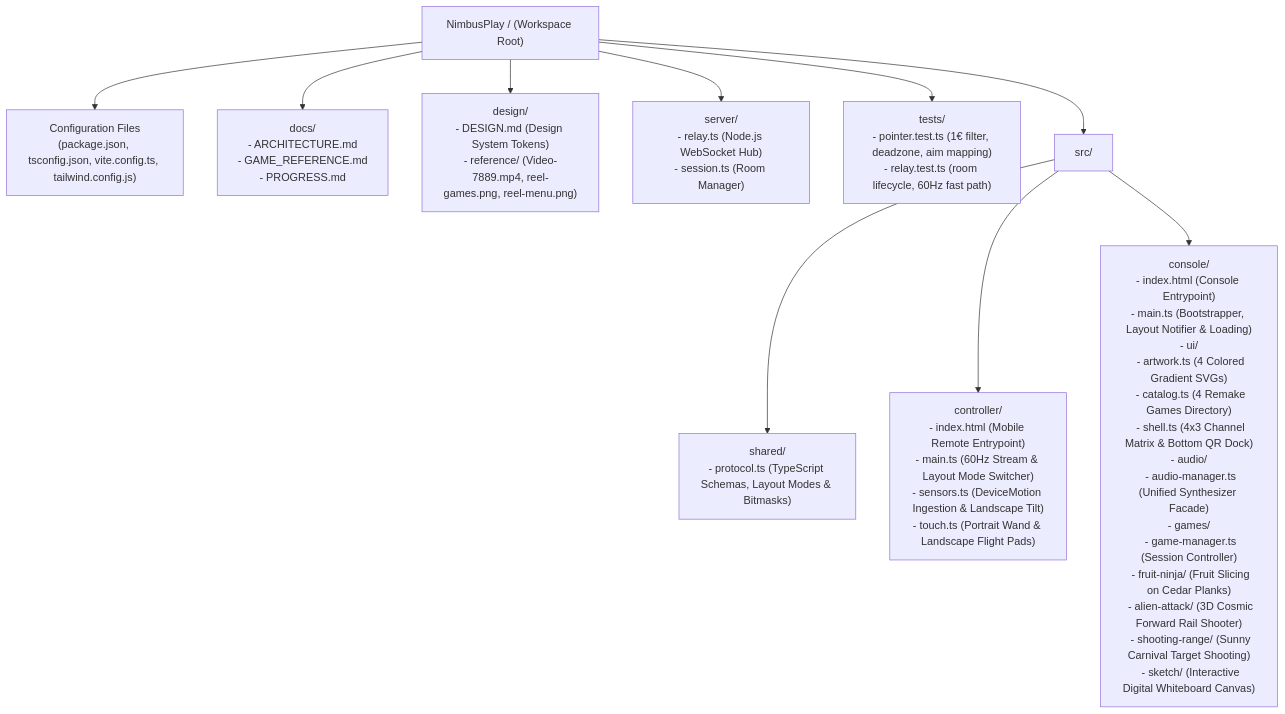
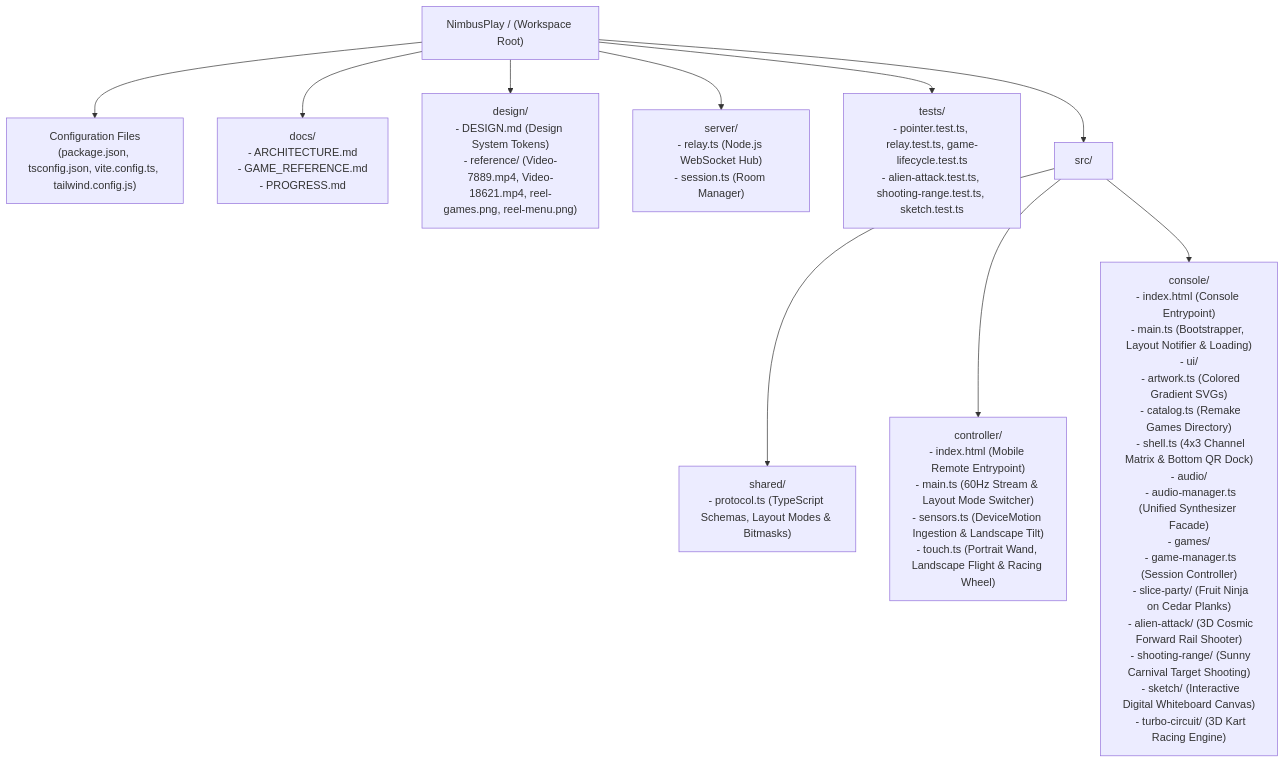
Diagram 24 of 26 in README.md (AdityaSurse/nimbusplay), drawn with Mermaid before and after one commit. The commit also changed other lines of this file and 14 other files, not shown here.

````diff
--- a/README.md
+++ b/README.md
@@ -444,15 +857,15 @@
 ```mermaid
 flowchart TD
     Root["NimbusPlay / (Workspace Root)"]
     
     Root --> Config["Configuration Files<br/>(package.json, tsconfig.json, vite.config.ts, tailwind.config.js)"]
     Root --> Docs["docs/<br/>- ARCHITECTURE.md<br/>- GAME_REFERENCE.md<br/>- PROGRESS.md"]
-    Root --> Design["design/<br/>- DESIGN.md (Design System Tokens)<br/>- reference/ (Video-7889.mp4, reel-games.png, reel-menu.png)"]
+    Root --> Design["design/<br/>- DESIGN.md (Design System Tokens)<br/>- reference/ (Video-7889.mp4, Video-18621.mp4, reel-games.png, reel-menu.png)"]
     Root --> Server["server/<br/>- relay.ts (Node.js WebSocket Hub)<br/>- session.ts (Room Manager)"]
-    Root --> Tests["tests/<br/>- pointer.test.ts (1€ filter, deadzone, aim mapping)<br/>- relay.test.ts (room lifecycle, 60Hz fast path)"]
+    Root --> Tests["tests/<br/>- pointer.test.ts, relay.test.ts, game-lifecycle.test.ts<br/>- alien-attack.test.ts, shooting-range.test.ts, sketch.test.ts"]
     Root --> Src["src/"]
     
     Src --> Shared["shared/<br/>- protocol.ts (TypeScript Schemas, Layout Modes & Bitmasks)"]
-    Src --> Controller["controller/<br/>- index.html (Mobile Remote Entrypoint)<br/>- main.ts (60Hz Stream & Layout Mode Switcher)<br/>- sensors.ts (DeviceMotion Ingestion & Landscape Tilt)<br/>- touch.ts (Portrait Wand & Landscape Flight Pads)"]
-    Src --> Console["console/<br/>- index.html (Console Entrypoint)<br/>- main.ts (Bootstrapper, Layout Notifier & Loading)<br/>- ui/<br/>  - artwork.ts (4 Colored Gradient SVGs)<br/>  - catalog.ts (4 Remake Games Directory)<br/>  - shell.ts (4x3 Channel Matrix & Bottom QR Dock)<br/>- audio/<br/>  - audio-manager.ts (Unified Synthesizer Facade)<br/>- games/<br/>  - game-manager.ts (Session Controller)<br/>  - fruit-ninja/ (Fruit Slicing on Cedar Planks)<br/>  - alien-attack/ (3D Cosmic Forward Rail Shooter)<br/>  - shooting-range/ (Sunny Carnival Target Shooting)<br/>  - sketch/ (Interactive Digital Whiteboard Canvas)"]
+    Src --> Controller["controller/<br/>- index.html (Mobile Remote Entrypoint)<br/>- main.ts (60Hz Stream & Layout Mode Switcher)<br/>- sensors.ts (DeviceMotion Ingestion & Landscape Tilt)<br/>- touch.ts (Portrait Wand, Landscape Flight & Racing Wheel)"]
+    Src --> Console["console/<br/>- index.html (Console Entrypoint)<br/>- main.ts (Bootstrapper, Layout Notifier & Loading)<br/>- ui/<br/>  - artwork.ts (Colored Gradient SVGs)<br/>  - catalog.ts (Remake Games Directory)<br/>  - shell.ts (4x3 Channel Matrix & Bottom QR Dock)<br/>- audio/<br/>  - audio-manager.ts (Unified Synthesizer Facade)<br/>- games/<br/>  - game-manager.ts (Session Controller)<br/>  - slice-party/ (Fruit Ninja on Cedar Planks)<br/>  - alien-attack/ (3D Cosmic Forward Rail Shooter)<br/>  - shooting-range/ (Sunny Carnival Target Shooting)<br/>  - sketch/ (Interactive Digital Whiteboard Canvas)<br/>  - turbo-circuit/ (3D Kart Racing Engine)"]
 ```
````
